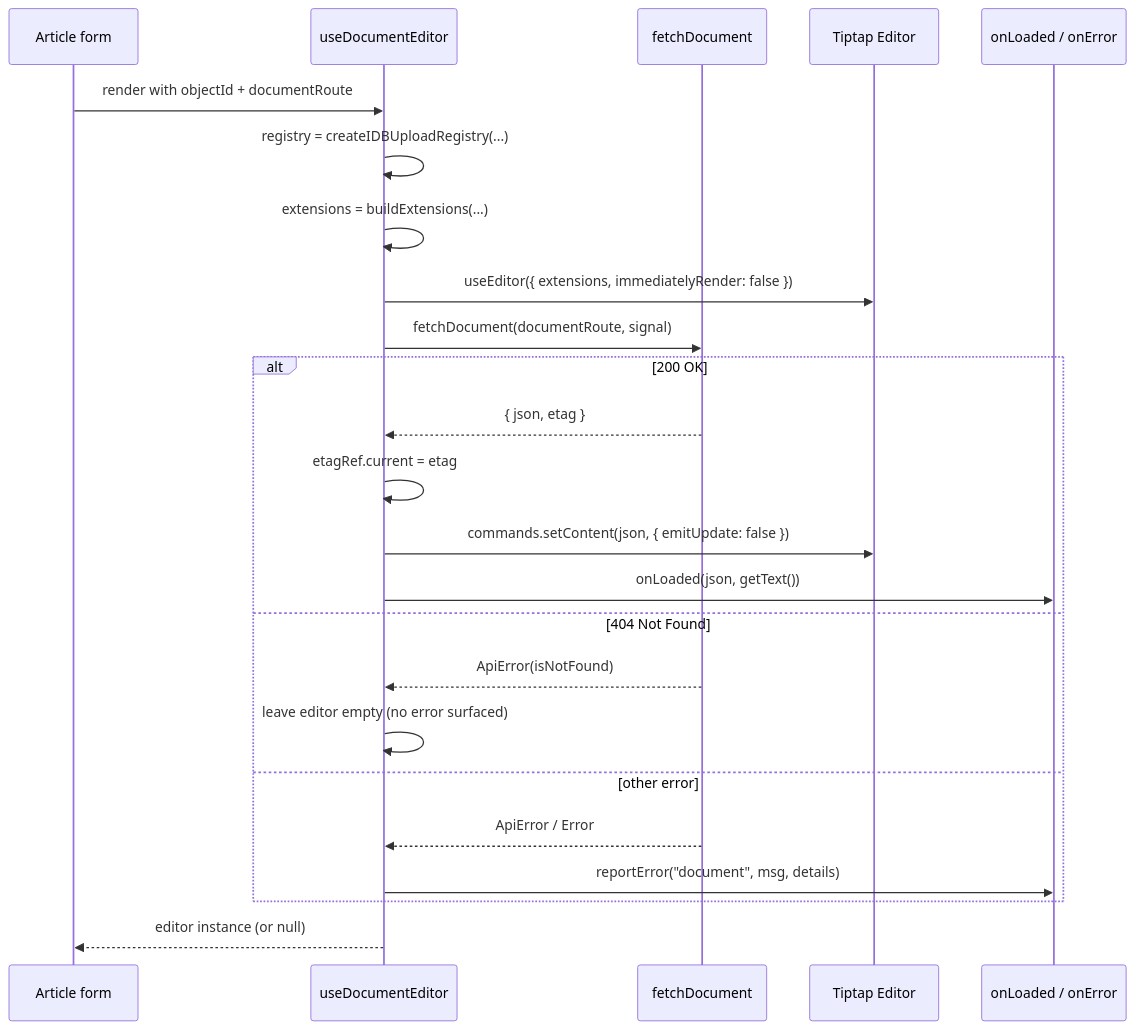
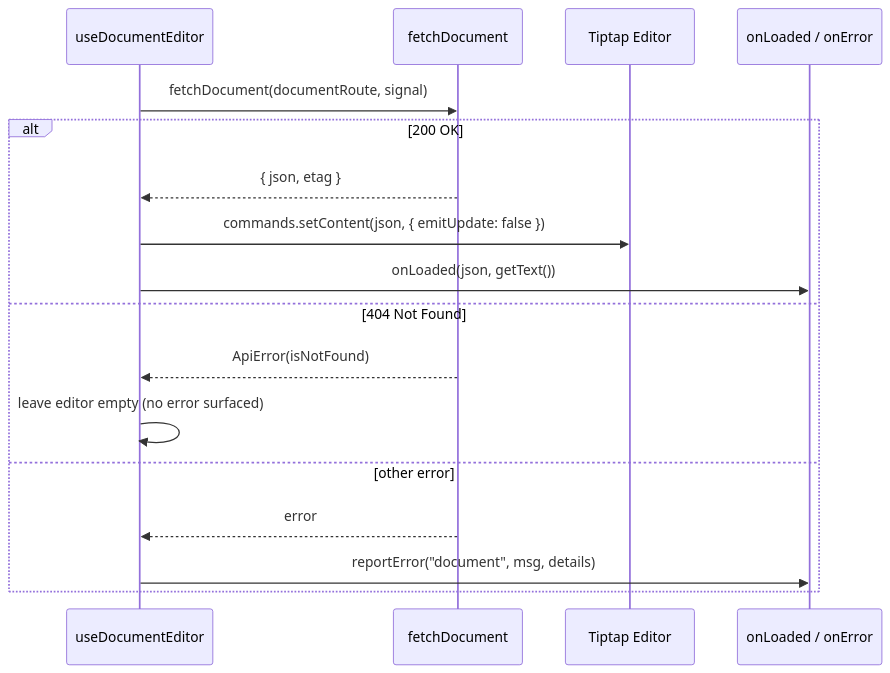
One commit to jackcasstlesjones/ozeaon-wiki changed the diagram in src/content/docs/editor/tiptap-core.md. Above: the diagram before and after it, drawn with Mermaid. The commit also changed other lines of this file and 5 other files, not shown here.

Commit message:
docs: trim editor, tiptap, article reader and organizations pages

````diff
--- a/src/content/docs/editor/tiptap-core.md
+++ b/src/content/docs/editor/tiptap-core.md
@@ -429,27 +67,20 @@
 ```mermaid
 sequenceDiagram
-    participant Consumer as Article form
     participant Hook as useDocumentEditor
     participant API as fetchDocument
     participant Editor as Tiptap Editor
     participant Cb as onLoaded / onError
 
-    Consumer->>Hook: render with objectId + documentRoute
-    Hook->>Hook: registry = createIDBUploadRegistry(...)
-    Hook->>Hook: extensions = buildExtensions(...)
-    Hook->>Editor: useEditor({ extensions, immediatelyRender: false })
     Hook->>API: fetchDocument(documentRoute, signal)
     alt 200 OK
         API-->>Hook: { json, etag }
-        Hook->>Hook: etagRef.current = etag
         Hook->>Editor: commands.setContent(json, { emitUpdate: false })
         Hook->>Cb: onLoaded(json, getText())
     else 404 Not Found
         API-->>Hook: ApiError(isNotFound)
         Hook->>Hook: leave editor empty (no error surfaced)
     else other error
-        API-->>Hook: ApiError / Error
+        API-->>Hook: error
         Hook->>Cb: reportError("document", msg, details)
     end
-    Hook-->>Consumer: editor instance (or null)
 ```
````
